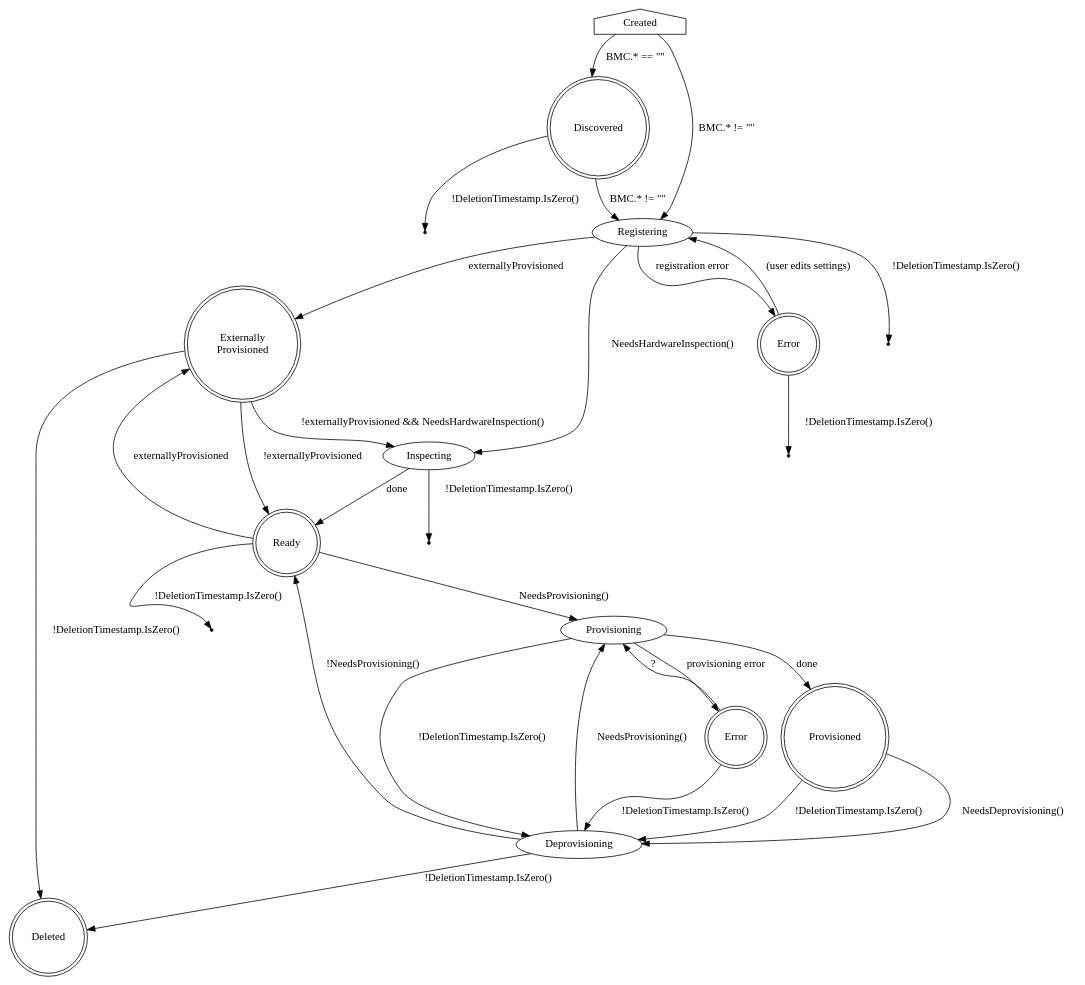
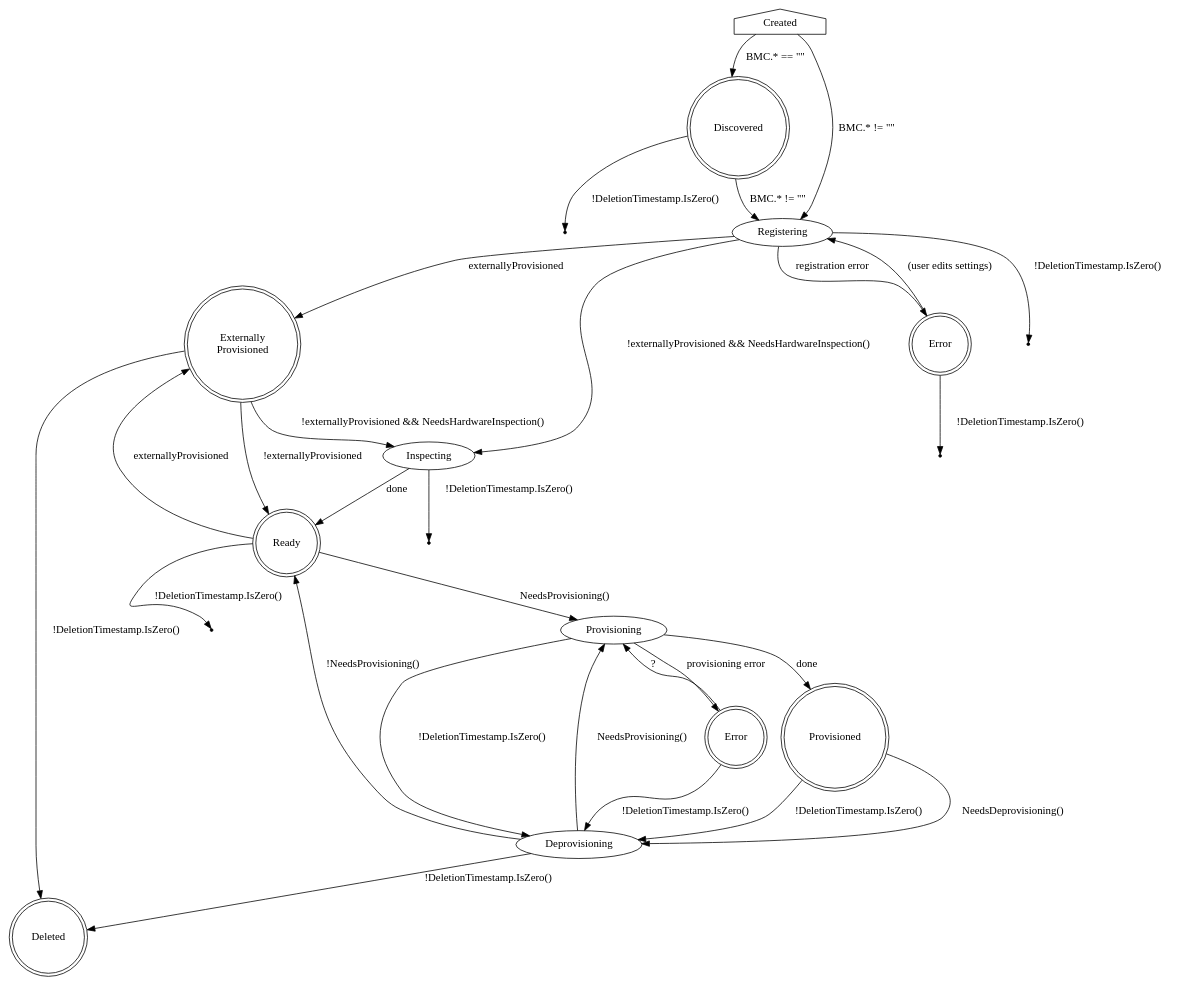
One commit to metal3-io/baremetal-operator changed the diagram in docs/BaremetalHost_ProvisioningState.dot. Above: the diagram before and after it, drawn with Graphviz. The commit also changed 1 other file, not shown here.

Commit message:
show that externallyProvisioned affects inspection
We only perform inspection after registration if the host is not
marked as externally provisioned.

```diff
--- a/docs/BaremetalHost_ProvisioningState.dot
+++ b/docs/BaremetalHost_ProvisioningState.dot
@@ -1,62 +1,62 @@
 digraph BaremetalHost {
     Created [shape=house]
     Created -> Discovered [label="BMC.* == \"\""]
     Created -> Registering [label="BMC.* != \"\""]
 
     Discovered [shape=doublecircle]
     Discovered -> Registering [label="BMC.* != \"\""]
     Discovered -> Deleted1 [label="!DeletionTimestamp.IsZero()"]
 
     Deleted1 [shape=point]
 
     ExternallyProvisioned [label="Externally\nProvisioned"]
 
-    Registering -> Inspecting [label="NeedsHardwareInspection()"]
+    Registering -> Inspecting [label="!externallyProvisioned && NeedsHardwareInspection()"]
     Registering -> ExternallyProvisioned [label="externallyProvisioned"]
     Registering -> RegistrationError [shape=doublecircle label="registration error"]
     Registering -> Deleted2 [label="!DeletionTimestamp.IsZero()"]
 
     Deleted2 [shape=point]
 
     ExternallyProvisioned -> Inspecting [label="!externallyProvisioned && NeedsHardwareInspection()"]
     ExternallyProvisioned -> Ready [label="!externallyProvisioned"]
     Ready -> ExternallyProvisioned [label="externallyProvisioned"]
 
     Inspecting -> Ready [label="done"]
     Inspecting -> Deleted3 [label="!DeletionTimestamp.IsZero()"]
 
     Deleted3 [shape=point]
 
     RegistrationError [shape=doublecircle label="Error"]
     RegistrationError -> Registering [label="(user edits settings)"]
     RegistrationError -> Deleted4 [label="!DeletionTimestamp.IsZero()"]
 
     Deleted4 [shape=point]
 
     Ready [shape=doublecircle]
     Ready -> Provisioning [label="NeedsProvisioning()"]
     Ready -> Deleted5 [label="!DeletionTimestamp.IsZero()"]
 
     Deleted5 [shape=point]
 
     Provisioning -> Provisioned [label=done]
     Provisioning -> ProvisioningError [label="provisioning error"]
     Provisioning -> Deprovisioning [label="!DeletionTimestamp.IsZero()"]
 
     ProvisioningError [shape=doublecircle label="Error"]
     ProvisioningError -> Provisioning [label="?"]
     ProvisioningError -> Deprovisioning [label="!DeletionTimestamp.IsZero()"]
 
     Provisioned [shape=doublecircle]
     Provisioned -> Deprovisioning [label="NeedsDeprovisioning()"]
     Provisioned -> Deprovisioning [label="!DeletionTimestamp.IsZero()"]
 
     ExternallyProvisioned [shape=doublecircle]
     ExternallyProvisioned -> Deleted [label="!DeletionTimestamp.IsZero()"]
 
     Deprovisioning -> Provisioning [label="NeedsProvisioning()"]
     Deprovisioning -> Ready [label="!NeedsProvisioning()"]
     Deprovisioning -> Deleted [label="!DeletionTimestamp.IsZero()"]
 
     Deleted [shape=doublecircle]
 }
```
